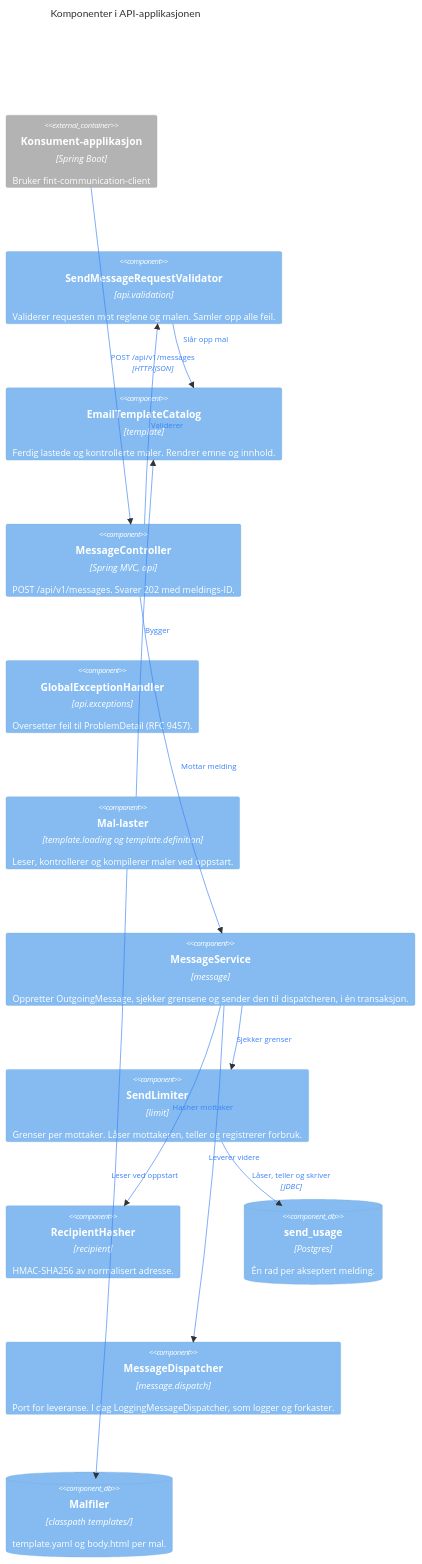
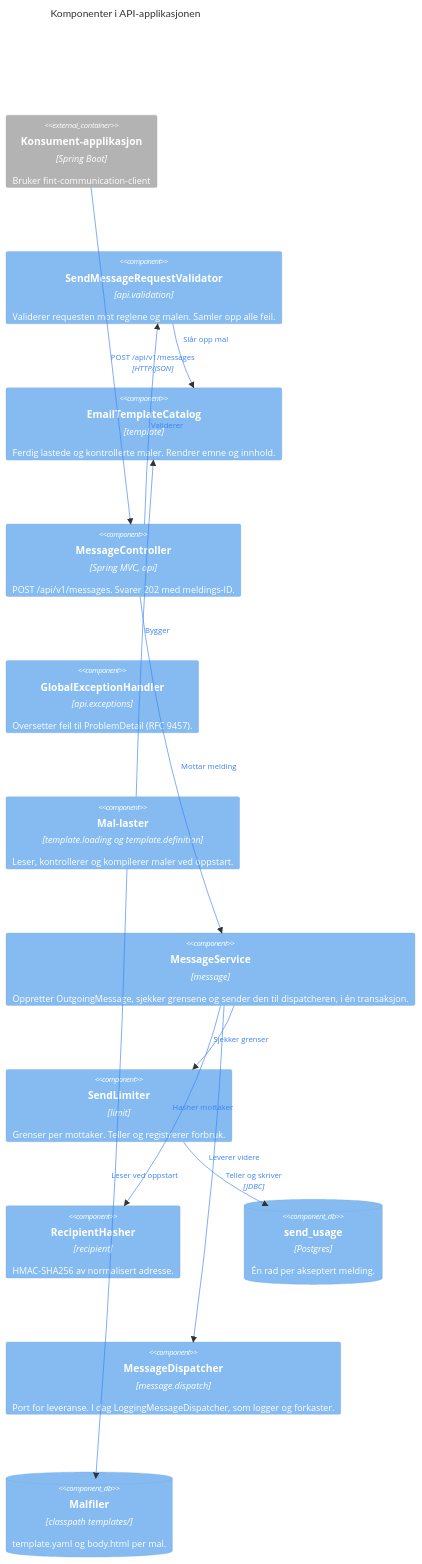
The third of 12 diagrams in docs/architecture.md (FINTLabs/fint-communication-service), drawn with Mermaid before and after one commit. The commit also changed other lines of this file and 4 other files, not shown here.

````diff
--- a/docs/architecture.md
+++ b/docs/architecture.md
@@ -102,40 +102,40 @@
 ```mermaid
 C4Component
     title Komponenter i API-applikasjonen
 
     Container_Ext(konsumentApp, "Konsument-applikasjon", "Spring Boot", "Bruker fint-communication-client")
     Component(validator, "SendMessageRequestValidator", "api.validation", "Validerer requesten mot reglene og malen. Samler opp alle feil.")
     Component(catalog, "EmailTemplateCatalog", "template", "Ferdig lastede og kontrollerte maler. Rendrer emne og innhold.")
     Component(controller, "MessageController", "Spring MVC, api", "POST /api/v1/messages. Svarer 202 med meldings-ID.")
     Component(handler, "GlobalExceptionHandler", "api.exceptions", "Oversetter feil til ProblemDetail (RFC 9457).")
     Component(loader, "Mal-laster", "template.loading og template.definition", "Leser, kontrollerer og kompilerer maler ved oppstart.")
     Component(service, "MessageService", "message", "Oppretter OutgoingMessage, sjekker grensene og sender den til dispatcheren, i én transaksjon.")
-    Component(limiter, "SendLimiter", "limit", "Grenser per mottaker. Låser mottakeren, teller og registrerer forbruk.")
+    Component(limiter, "SendLimiter", "limit", "Grenser per mottaker. Teller og registrerer forbruk.")
     Component(hasher, "RecipientHasher", "recipient", "HMAC-SHA256 av normalisert adresse.")
     ComponentDb(usage, "send_usage", "Postgres", "Én rad per akseptert melding.")
     Component(dispatcher, "MessageDispatcher", "message.dispatch", "Port for leveranse. I dag LoggingMessageDispatcher, som logger og forkaster.")
     ComponentDb(files, "Malfiler", "classpath templates/", "template.yaml og body.html per mal.")
 
     Rel(konsumentApp, controller, "POST /api/v1/messages", "HTTP/JSON")
     Rel(controller, validator, "Validerer")
     Rel(validator, catalog, "Slår opp mal")
     Rel(controller, service, "Mottar melding")
     Rel(service, hasher, "Hasher mottaker")
     Rel(service, limiter, "Sjekker grenser")
-    Rel(limiter, usage, "Låser, teller og skriver", "JDBC")
+    Rel(limiter, usage, "Teller og skriver", "JDBC")
     Rel(service, dispatcher, "Leverer videre")
     Rel(loader, catalog, "Bygger")
     Rel(loader, files, "Leser ved oppstart")
 
     UpdateRelStyle(konsumentApp, controller, $textColor="#3B82F6", $lineColor="#3B82F6")
     UpdateRelStyle(controller, validator, $textColor="#3B82F6", $lineColor="#3B82F6")
     UpdateRelStyle(validator, catalog, $textColor="#3B82F6", $lineColor="#3B82F6", $offsetY="-28")
     UpdateRelStyle(controller, service, $textColor="#3B82F6", $lineColor="#3B82F6")
     UpdateRelStyle(service, hasher, $textColor="#3B82F6", $lineColor="#3B82F6")
     UpdateRelStyle(service, limiter, $textColor="#3B82F6", $lineColor="#3B82F6")
     UpdateRelStyle(limiter, usage, $textColor="#3B82F6", $lineColor="#3B82F6")
     UpdateRelStyle(service, dispatcher, $textColor="#3B82F6", $lineColor="#3B82F6", $offsetY="-28")
     UpdateRelStyle(loader, catalog, $textColor="#3B82F6", $lineColor="#3B82F6")
     UpdateRelStyle(loader, files, $textColor="#3B82F6", $lineColor="#3B82F6")
     UpdateLayoutConfig($c4ShapeInRow="3", $c4BoundaryInRow="1")
 ```
````
